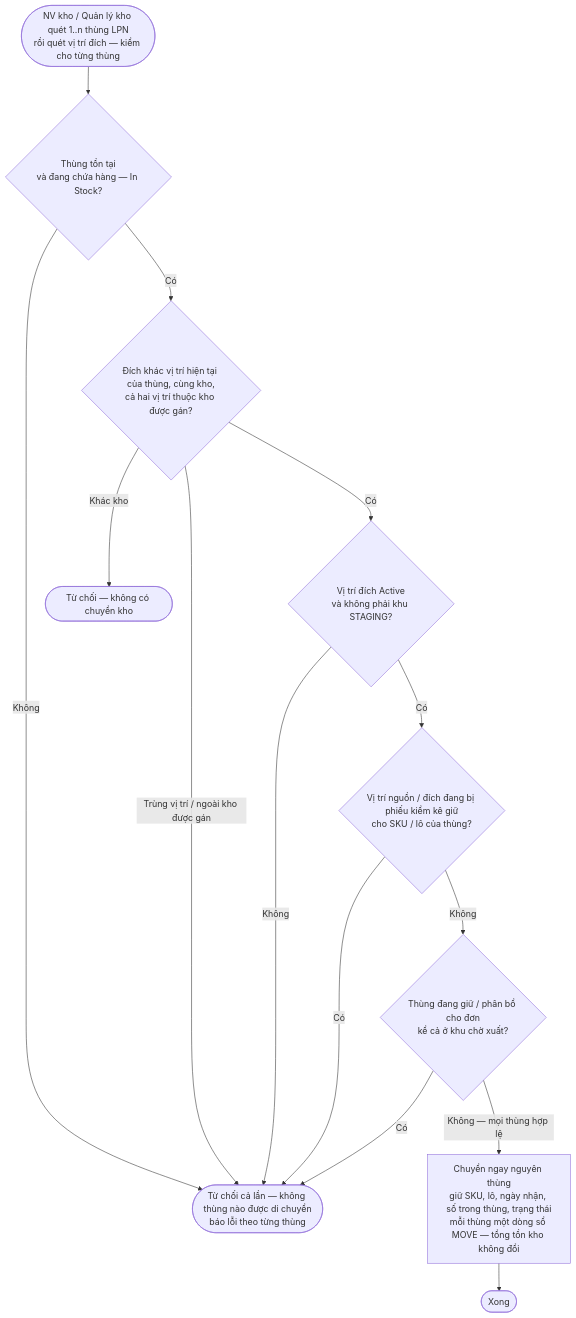
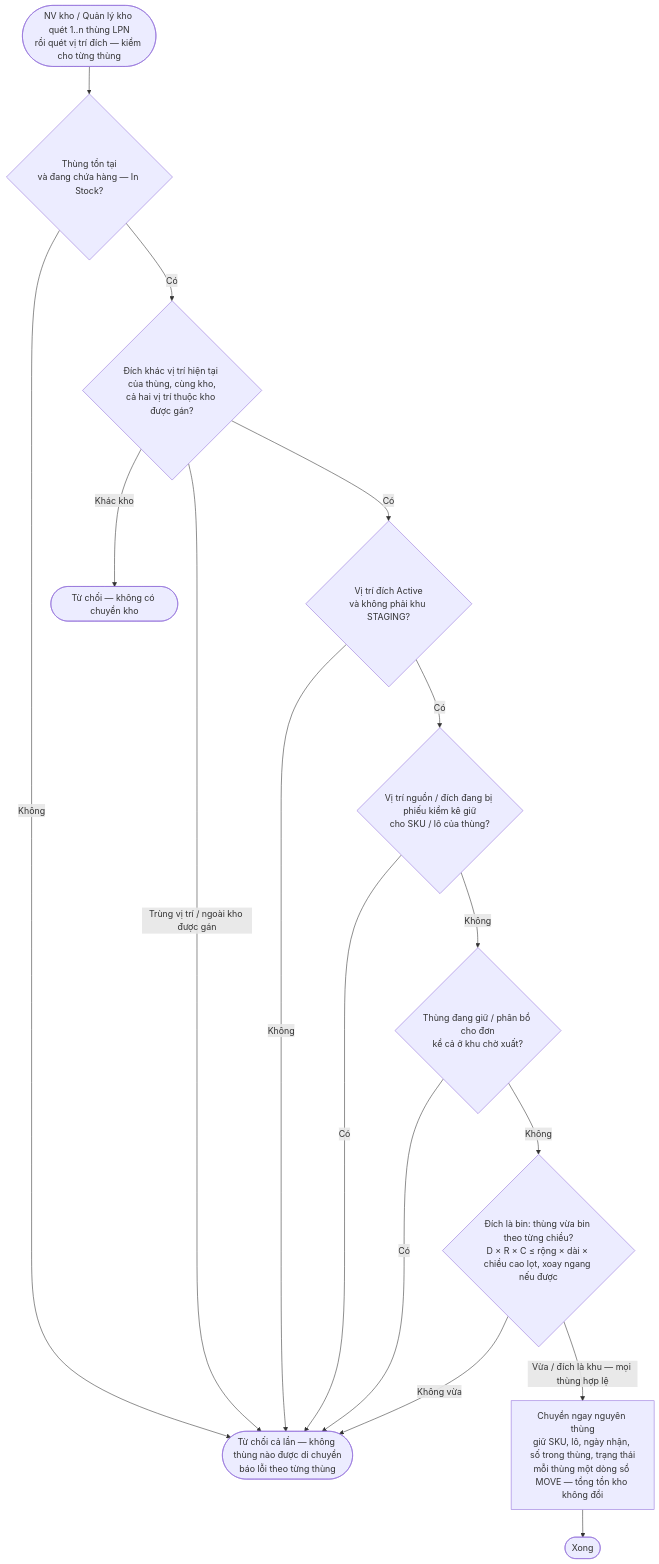
One commit to KLTN-FA26/docs changed diagram 14 of 14 in docs/diagrams/README.md. Above: the diagram before and after it, drawn with Mermaid. The commit also changed 6 other files, not shown here.

First line of the commit message:
Check that a carton fits the bin on every move into a bin

````diff
--- a/docs/diagrams/README.md
+++ b/docs/diagrams/README.md
@@ -635,16 +635,18 @@
 ```mermaid
 flowchart TD
     START(["NV kho / Quản lý kho quét 1..n thùng LPN<br/>rồi quét vị trí đích — kiểm cho từng thùng"]) --> INSTOCK{"Thùng tồn tại<br/>và đang chứa hàng — In Stock?"}
     INSTOCK -->|Không| REJ
     INSTOCK -->|Có| SAME{"Đích khác vị trí hiện tại của thùng, cùng kho,<br/>cả hai vị trí thuộc kho được gán?"}
     SAME -->|"Khác kho"| REJ_WH(["Từ chối — không có chuyển kho"])
     SAME -->|"Trùng vị trí / ngoài kho được gán"| REJ
     SAME -->|Có| DEST{"Vị trí đích Active<br/>và không phải khu STAGING?"}
     DEST -->|Không| REJ
     DEST -->|Có| CNT{"Vị trí nguồn / đích đang bị phiếu kiểm kê giữ<br/>cho SKU / lô của thùng?"}
     CNT -->|Có| REJ
     CNT -->|Không| HELD{"Thùng đang giữ / phân bổ cho đơn<br/>kể cả ở khu chờ xuất?"}
     HELD -->|Có| REJ(["Từ chối cả lần — không thùng nào được di chuyển<br/>báo lỗi theo từng thùng"])
-    HELD -->|"Không — mọi thùng hợp lệ"| MOVE["Chuyển ngay nguyên thùng<br/>giữ SKU, lô, ngày nhận, số trong thùng, trạng thái<br/>mỗi thùng một dòng sổ MOVE — tổng tồn kho không đổi"]
+    HELD -->|Không| FIT{"Đích là bin: thùng vừa bin theo từng chiều?<br/>D × R × C ≤ rộng × dài × chiều cao lọt, xoay ngang nếu được"}
+    FIT -->|"Không vừa"| REJ
+    FIT -->|"Vừa / đích là khu — mọi thùng hợp lệ"| MOVE["Chuyển ngay nguyên thùng<br/>giữ SKU, lô, ngày nhận, số trong thùng, trạng thái<br/>mỗi thùng một dòng sổ MOVE — tổng tồn kho không đổi"]
     MOVE --> DONE(["Xong"])
 ```
````
